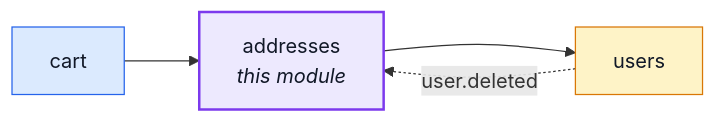
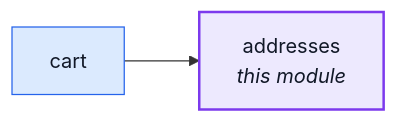
One commit to Guebbit/boilerplate-node-backend changed the first of 2 diagrams in docs/modules/addresses.md. Above: the diagram before and after it, drawn with Mermaid. The commit also changed 38 other files, not shown here.

````diff
--- a/docs/modules/addresses.md
+++ b/docs/modules/addresses.md
@@ -19,19 +19,15 @@
 ```mermaid
 %%{init: {'flowchart': {'nodeSpacing': 30, 'rankSpacing': 60}}}%%
 flowchart LR
     addresses["addresses<br/><i>this module</i>"]
     cart["cart"]
-    users["users"]
 
     cart --> addresses
-    addresses --> users
-    users -. "user.deleted" .-> addresses
 
     classDef core fill:#dbeafe,stroke:#2563eb,color:#111827;
     classDef supporting fill:#fef3c7,stroke:#d97706,color:#111827;
     classDef generic fill:#dcfce7,stroke:#16a34a,color:#111827;
     classDef centre fill:#ede9fe,stroke:#7c3aed,stroke-width:2px,color:#111827;
     class cart core;
-    class users supporting;
     class addresses centre;
 ```
````
